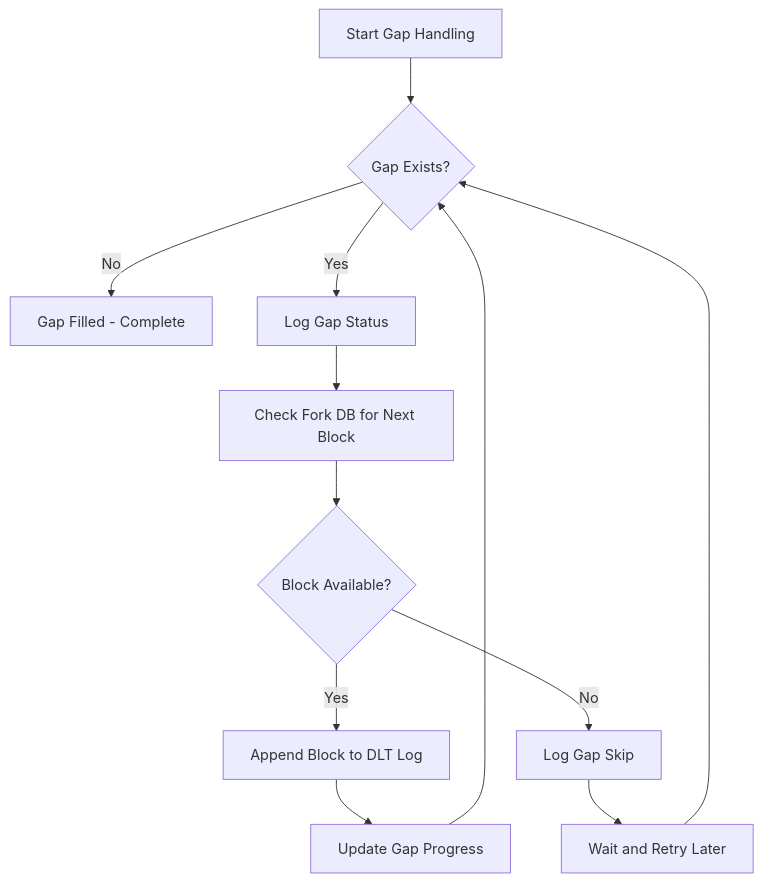
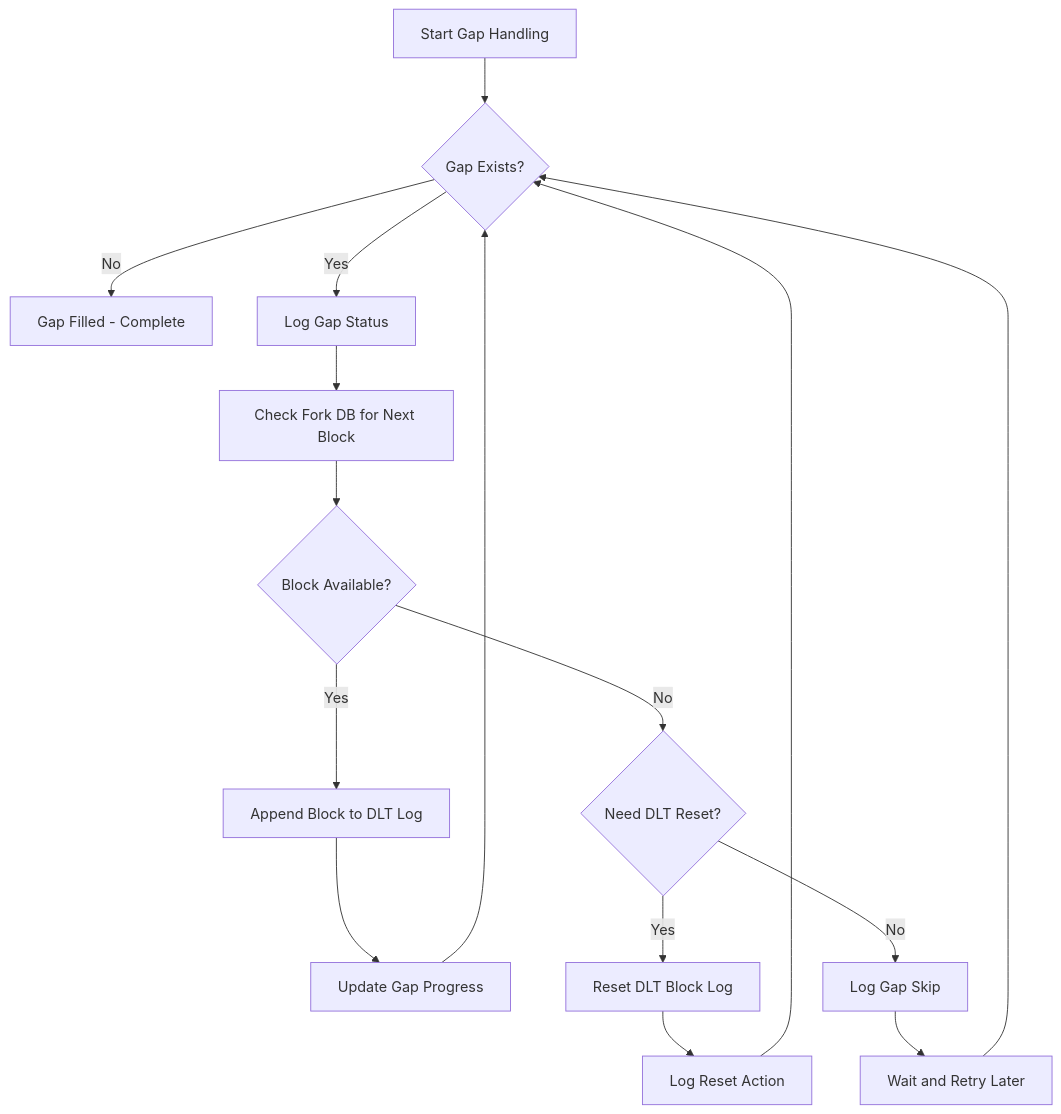
Diagram 15 of 18 in .qoder/repowiki/en/content/Architecture Overview/Core Libraries/Chain Library/Database Management/DLT Rolling Block Log.md (VIZ-Blockchain/viz-cpp-node), drawn with Mermaid before and after one commit. The commit also changed other lines of this file and 5 other files, not shown here.

First line of the commit message:
feat(dlt_block_log): add reset method and automatic gap recovery system

````diff
--- a/.qoder/repowiki/en/content/Architecture Overview/Core Libraries/Chain Library/Database Management/DLT Rolling Block Log.md
+++ b/.qoder/repowiki/en/content/Architecture Overview/Core Libraries/Chain Library/Database Management/DLT Rolling Block Log.md
@@ -888,15 +915,19 @@
 ```mermaid
 flowchart TD
 StartGap["Start Gap Handling"] --> CheckGap{"Gap Exists?"}
 CheckGap --> |No| Complete["Gap Filled - Complete"]
 CheckGap --> |Yes| LogGap["Log Gap Status"]
 LogGap --> CheckForkDB["Check Fork DB for Next Block"]
 CheckForkDB --> BlockAvailable{"Block Available?"}
 BlockAvailable --> |Yes| AppendBlock["Append Block to DLT Log"]
 AppendBlock --> UpdateProgress["Update Gap Progress"]
 UpdateProgress --> CheckGap
-BlockAvailable --> |No| LogSkip["Log Gap Skip"]
+BlockAvailable --> |No| CheckGapReset{"Need DLT Reset?"}
+CheckGapReset --> |Yes| ResetDLT["Reset DLT Block Log"]
+ResetDLT --> LogReset["Log Reset Action"]
+LogReset --> CheckGap
+CheckGapReset --> |No| LogSkip["Log Gap Skip"]
 LogSkip --> WaitRetry["Wait and Retry Later"]
 WaitRetry --> CheckGap
 Complete
 ```
````
